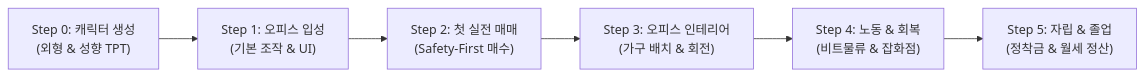
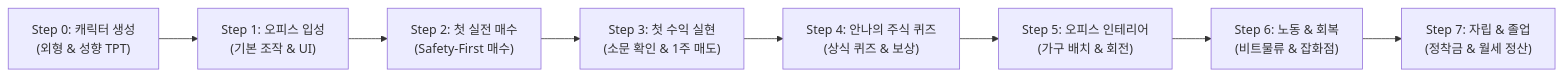
Before and after one commit to bogeulbogeul/StockWars: the diagram in Docs/CORE_GDD_10_TutorialSystem.md, drawn with Mermaid. The commit also changed other lines of this file and 33 other files, not shown here.

````diff
--- a/Docs/CORE_GDD_10_TutorialSystem.md
+++ b/Docs/CORE_GDD_10_TutorialSystem.md
@@ -26,8 +26,10 @@
 ```mermaid
 flowchart LR
     Step0["Step 0: 캐릭터 생성\n(외형 & 성향 TPT)"] --> Step1["Step 1: 오피스 입성\n(기본 조작 & UI)"]
-    Step1 --> Step2["Step 2: 첫 실전 매매\n(Safety-First 매수)"]
-    Step2 --> Step3["Step 3: 오피스 인테리어\n(가구 배치 & 회전)"]
-    Step3 --> Step4["Step 4: 노동 & 회복\n(비트물류 & 잡화점)"]
-    Step4 --> Step5["Step 5: 자립 & 졸업\n(정착금 & 월세 정산)"]
+    Step1 --> Step2["Step 2: 첫 실전 매수\n(Safety-First 매수)"]
+    Step2 --> Step3["Step 3: 첫 수익 실현\n(소문 확인 & 1주 매도)"]
+    Step3 --> Step4["Step 4: 안나의 주식 퀴즈\n(상식 퀴즈 & 보상)"]
+    Step4 --> Step5["Step 5: 오피스 인테리어\n(가구 배치 & 회전)"]
+    Step5 --> Step6["Step 6: 노동 & 회복\n(비트물류 & 잡화점)"]
+    Step6 --> Step7["Step 7: 자립 & 졸업\n(정착금 & 월세 정산)"]
 ```
````
